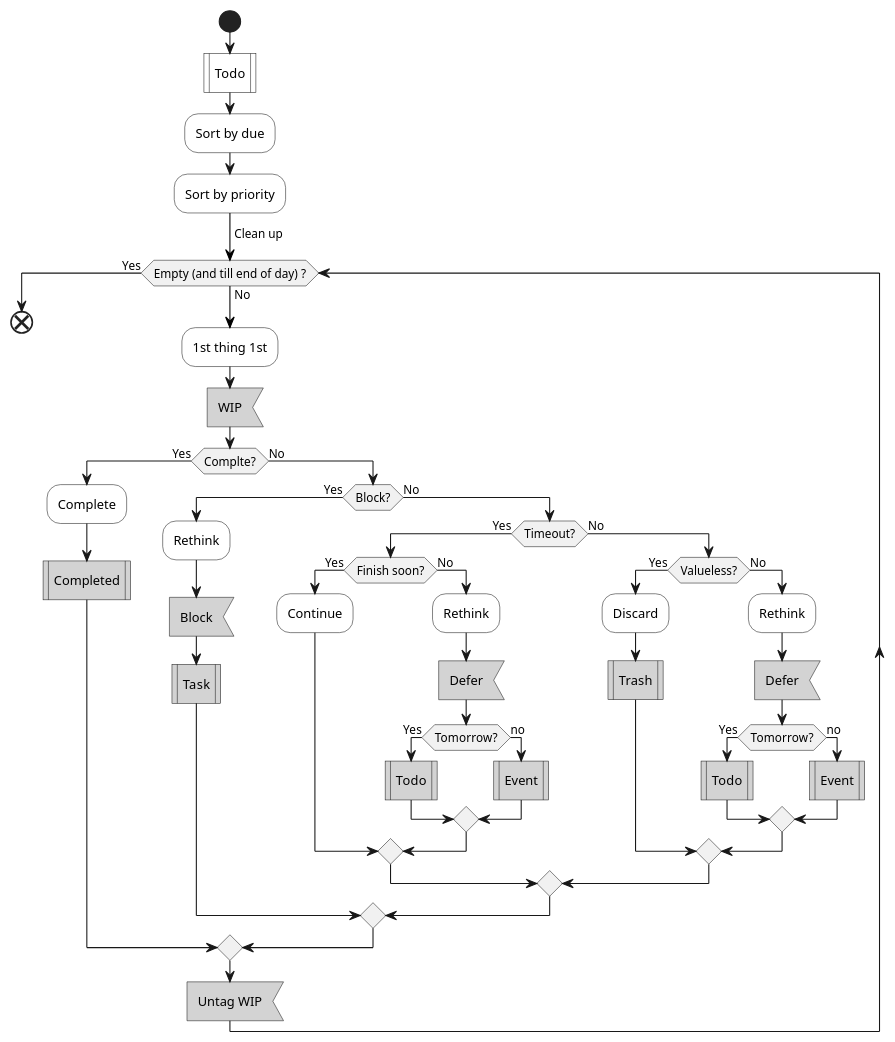
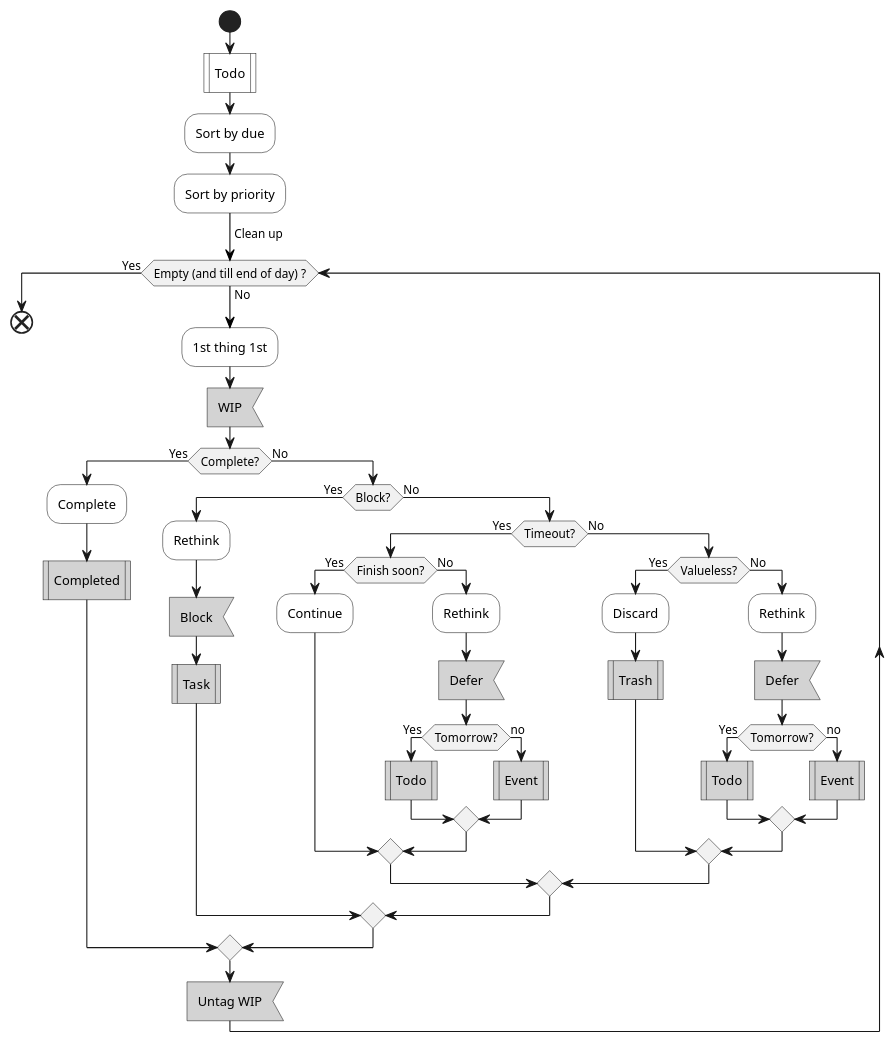
Before and after one commit to IceHe/icehe-lib: the third of 6 diagrams in snips/principles/gtd.md, drawn with PlantUML. The commit also changed other lines of this file and 1 other file, not shown here.

````diff
--- a/snips/principles/gtd.md
+++ b/snips/principles/gtd.md
@@ -153,52 +153,52 @@
 ```plantuml
 @startuml
 start
 #white:Todo|
 #white:Sort by due;
 #white:Sort by priority;
 -[#black]-> Clean up;
 while (Empty (and till end of day) ?) is (No)
     #white:1st thing 1st;
     #lightGray:WIP<
-    if (Complte?) then (Yes)
+    if (Complete?) then (Yes)
         #white:Complete;
         #lightGray:Completed|
     else (No)
         if (Block?) then (Yes)
             #white:Rethink;
             #lightGray:Block<
             #lightGray:Task|
         else (No)
             if (Timeout?) then (Yes)
                 if (Finish soon?) then (Yes)
                     #white:Continue;
                 else (No)
                 #white:Rethink;
                 #lightGray:Defer<
                 if (Tomorrow?) then (Yes)
                     #lightGray:Todo|
                 else (no)
                     #lightGray:Event|
                 endif
                 endif
             else (No)
                 if (Valueless?) then (Yes)
                     #white:Discard;
                     #lightGray:Trash|
                 else (No)
                     #white:Rethink;
                     #lightGray:Defer<
                     if (Tomorrow?) then (Yes)
                         #lightGray:Todo|
                     else (no)
                         #lightGray:Event|
                     endif
                 endif
             endif
         endif
     endif
     #lightGray:Untag WIP<
 endwhile (Yes)
 end
 @enduml
 ```
````
